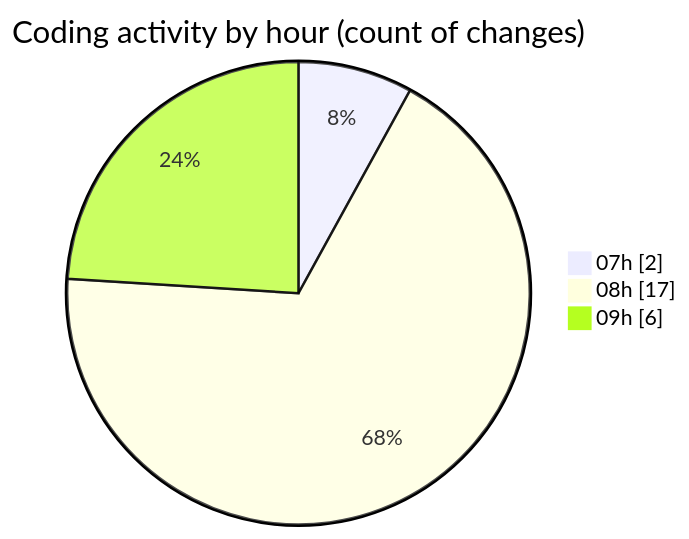
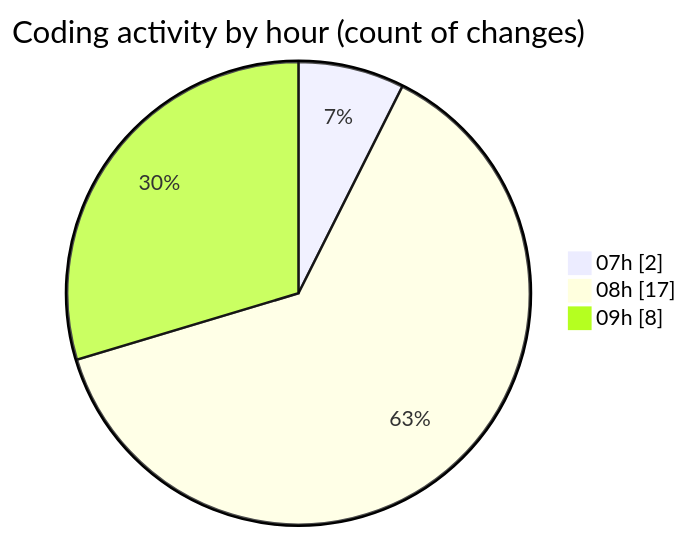
One commit to robertbonfada/code-tracking changed the second of 2 diagrams in 2025-03-11/termonied_testador/README.md. Above: the diagram before and after it, drawn with Mermaid. The commit also changed other lines of this file and 1 other file, not shown here.

````diff
--- a/2025-03-11/termonied_testador/README.md
+++ b/2025-03-11/termonied_testador/README.md
@@ -38,7 +38,7 @@
 ```mermaid
 pie showData
 title Coding activity by hour (count of changes)
 "07h" : 2
 "08h" : 17
-"09h" : 6
+"09h" : 8
 ```
````
